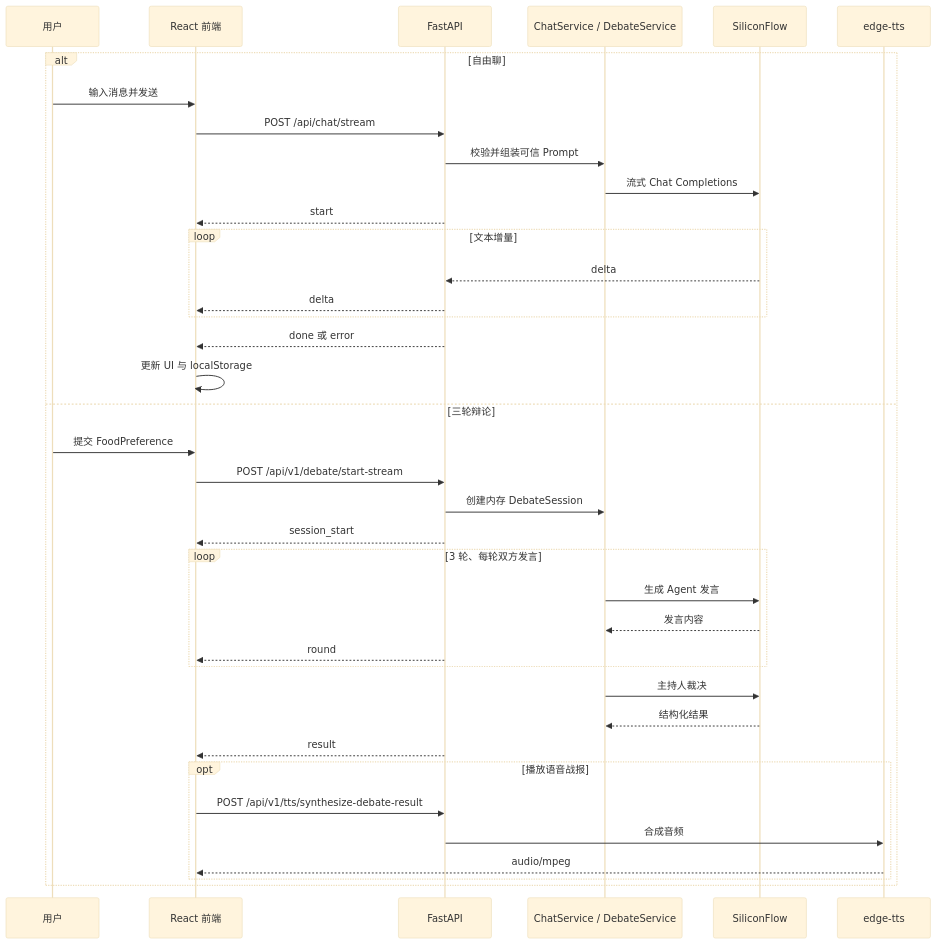
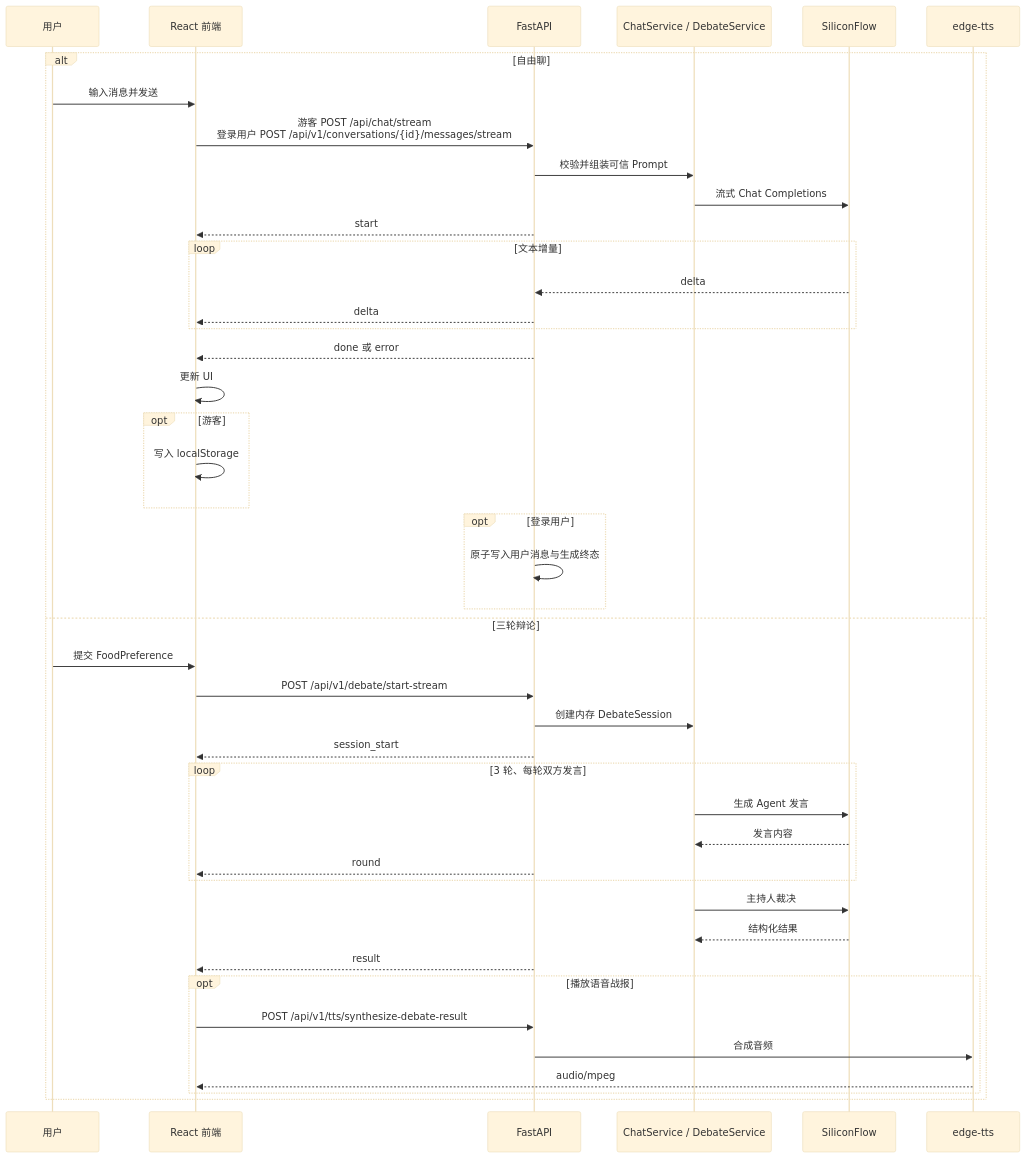
One commit to wez798/cyber-foodie-debate changed the fifth of 6 diagrams in docs/system_design.md. Above: the diagram before and after it, drawn with Mermaid (base theme). The commit also changed other lines of this file and 51 other files, not shown here.

````diff
--- a/docs/system_design.md
+++ b/docs/system_design.md
@@ -195,41 +221,47 @@
 ```mermaid
 sequenceDiagram
     participant U as 用户
     participant FE as React 前端
     participant API as FastAPI
     participant SVC as ChatService / DebateService
     participant LLM as SiliconFlow
     participant TTS as edge-tts
 
     alt 自由聊
         U->>FE: 输入消息并发送
-        FE->>API: POST /api/chat/stream
+        FE->>API: 游客 POST /api/chat/stream<br/>登录用户 POST /api/v1/conversations/{id}/messages/stream
         API->>SVC: 校验并组装可信 Prompt
         SVC->>LLM: 流式 Chat Completions
         API-->>FE: start
         loop 文本增量
             LLM-->>API: delta
             API-->>FE: delta
         end
         API-->>FE: done 或 error
-        FE->>FE: 更新 UI 与 localStorage
+        FE->>FE: 更新 UI
+        opt 游客
+            FE->>FE: 写入 localStorage
+        end
+        opt 登录用户
+            API->>API: 原子写入用户消息与生成终态
+        end
     else 三轮辩论
         U->>FE: 提交 FoodPreference
         FE->>API: POST /api/v1/debate/start-stream
         API->>SVC: 创建内存 DebateSession
         API-->>FE: session_start
         loop 3 轮、每轮双方发言
             SVC->>LLM: 生成 Agent 发言
             LLM-->>SVC: 发言内容
             API-->>FE: round
         end
         SVC->>LLM: 主持人裁决
         LLM-->>SVC: 结构化结果
         API-->>FE: result
         opt 播放语音战报
             FE->>API: POST /api/v1/tts/synthesize-debate-result
             API->>TTS: 合成音频
             TTS-->>FE: audio/mpeg
         end
     end
 ```
````
